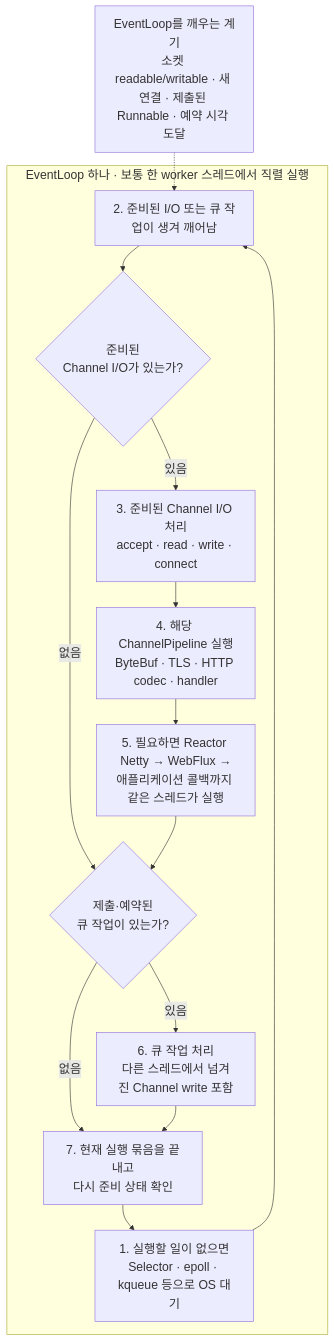
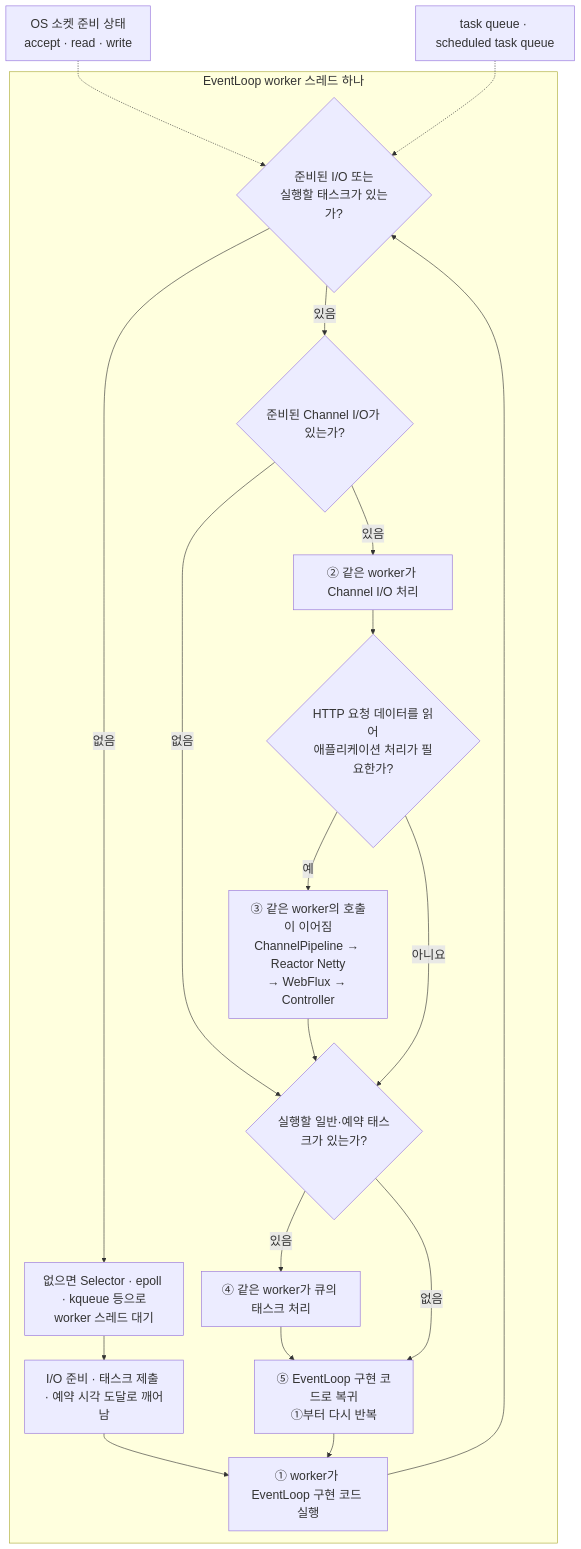
One commit to lee-gimoon/futures-paper-trading changed the second of 2 diagrams in docs/frontend-study/webflux-netty-event-loop.md. Above: the diagram before and after it, drawn with Mermaid. The commit also changed other lines of this file, not shown here.

Commit message:
docs: focus WebFlux guide on Netty event loop threads

````diff
--- a/docs/frontend-study/webflux-netty-event-loop.md
+++ b/docs/frontend-study/webflux-netty-event-loop.md
@@ -159,31 +80,34 @@
 ```mermaid
-%%{init: {"themeVariables": {"fontSize": "20px"}, "flowchart": {"nodeSpacing": 30, "rankSpacing": 42, "subGraphTitleMargin": {"top": 0, "bottom": 20}}}}%%
+%%{init: {"themeVariables": {"fontSize": "20px"}, "flowchart": {"nodeSpacing": 30, "rankSpacing": 40, "subGraphTitleMargin": {"top": 0, "bottom": 22}}}}%%
 flowchart TB
-  READY_CAUSES["EventLoop를 깨우는 계기<br/>소켓 readable/writable · 새 연결 · 제출된 Runnable · 예약 시각 도달"]
+  SOCKET["OS 소켓 준비 상태<br/>accept · read · write"]
+  QUEUES["task queue · scheduled task queue"]
 
-  subgraph LOOP["EventLoop 하나 · 보통 한 worker 스레드에서 직렬 실행"]
-    WAIT["1. 실행할 일이 없으면<br/>Selector · epoll · kqueue 등으로 OS 대기"]
-    WAKE["2. 준비된 I/O 또는 큐 작업이 생겨 깨어남"]
-    HAS_IO{"준비된<br/>Channel I/O가 있는가?"}
-    IO["3. 준비된 Channel I/O 처리<br/>accept · read · write · connect"]
-    PIPELINE["4. 해당 ChannelPipeline 실행<br/>ByteBuf · TLS · HTTP codec · handler"]
-    CALLBACK["5. 필요하면 Reactor Netty → WebFlux →<br/>애플리케이션 콜백까지 같은 스레드가 실행"]
-    HAS_TASK{"제출·예약된<br/>큐 작업이 있는가?"}
-    TASKS["6. 큐 작업 처리<br/>다른 스레드에서 넘겨진 Channel write 포함"]
-    BACK["7. 현재 실행 묶음을 끝내고<br/>다시 준비 상태 확인"]
+  subgraph WORKER["EventLoop worker 스레드 하나"]
+    LOOP["① worker가 EventLoop 구현 코드 실행"]
+    CHECK{"준비된 I/O 또는<br/>실행할 태스크가 있는가?"}
+    WAIT["없으면 Selector · epoll · kqueue 등으로<br/>worker 스레드 대기"]
+    WAKE["I/O 준비 · 태스크 제출 · 예약 시각 도달로 깨어남"]
+    HAS_IO{"준비된 Channel I/O가 있는가?"}
+    IO["② 같은 worker가 Channel I/O 처리"]
+    HTTP{"HTTP 요청 데이터를 읽어<br/>애플리케이션 처리가 필요한가?"}
+    APP["③ 같은 worker의 호출이 이어짐<br/>ChannelPipeline → Reactor Netty<br/>→ WebFlux → Controller"]
+    HAS_TASK{"실행할 일반·예약 태스크가 있는가?"}
+    TASK["④ 같은 worker가 큐의 태스크 처리"]
+    BACK["⑤ EventLoop 구현 코드로 복귀<br/>①부터 다시 반복"]
 
-    WAIT --> WAKE
-    WAKE --> HAS_IO
-    HAS_IO -->|"있음"| IO
+    LOOP --> CHECK
+    CHECK -->|"없음"| WAIT --> WAKE --> LOOP
+    CHECK -->|"있음"| HAS_IO
+    HAS_IO -->|"있음"| IO --> HTTP
     HAS_IO -->|"없음"| HAS_TASK
-    IO --> PIPELINE
-    PIPELINE --> CALLBACK
-    CALLBACK --> HAS_TASK
-    HAS_TASK -->|"있음"| TASKS
+    HTTP -->|"예"| APP --> HAS_TASK
+    HTTP -->|"아니요"| HAS_TASK
+    HAS_TASK -->|"있음"| TASK --> BACK
     HAS_TASK -->|"없음"| BACK
-    TASKS --> BACK
-    BACK --> WAIT
+    BACK --> LOOP
   end
 
-  READY_CAUSES -.-> WAKE
+  SOCKET -.-> CHECK
+  QUEUES -.-> CHECK
 ```
````
